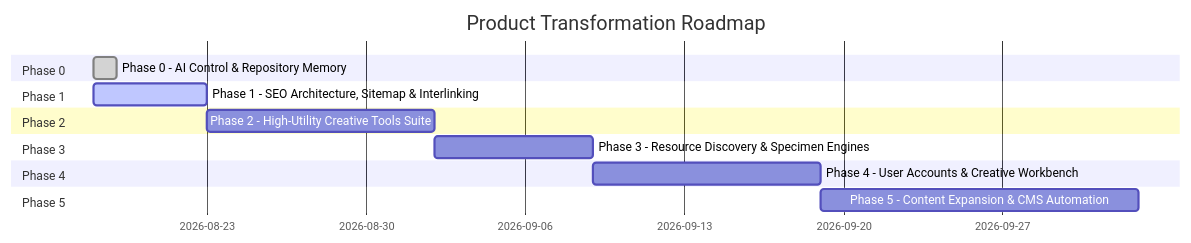
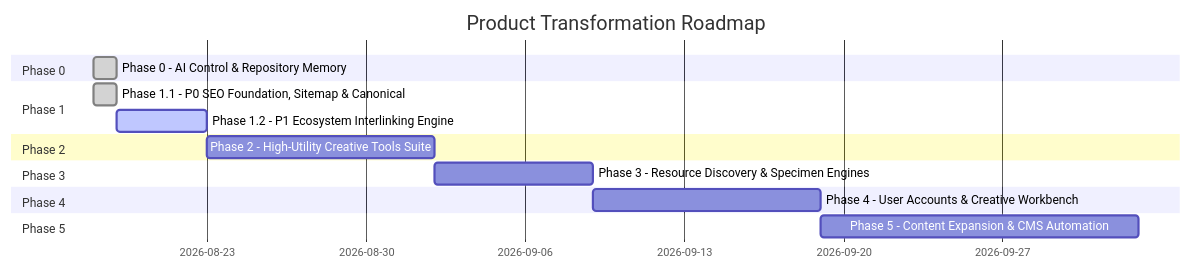
The diagram in AI/ROADMAP.md (ravanmammadov1/blog.rvan.me), drawn with Mermaid before and after one commit. The commit also changed other lines of this file and 11 other files, not shown here.

Commit message:
feat: establish production organic SEO foundation

````diff
--- a/AI/ROADMAP.md
+++ b/AI/ROADMAP.md
@@ -5,17 +5,18 @@
 ```mermaid
 gantt
     title Product Transformation Roadmap
     dateFormat  YYYY-MM-DD
     section Phase 0
     Phase 0 - AI Control & Repository Memory       :done, p0, 2026-08-18, 1d
     section Phase 1
-    Phase 1 - SEO Architecture, Sitemap & Interlinking :active, p1, 2026-08-18, 5d
+    Phase 1.1 - P0 SEO Foundation, Sitemap & Canonical :done, p1a, 2026-08-18, 1d
+    Phase 1.2 - P1 Ecosystem Interlinking Engine       :active, p1b, 2026-08-19, 4d
     section Phase 2
-    Phase 2 - High-Utility Creative Tools Suite    :p2, 2026-08-23, 10d
+    Phase 2 - High-Utility Creative Tools Suite        :p2, 2026-08-23, 10d
     section Phase 3
-    Phase 3 - Resource Discovery & Specimen Engines :p3, 2026-09-02, 7d
+    Phase 3 - Resource Discovery & Specimen Engines     :p3, 2026-09-02, 7d
     section Phase 4
-    Phase 4 - User Accounts & Creative Workbench   :p4, 2026-09-09, 10d
+    Phase 4 - User Accounts & Creative Workbench       :p4, 2026-09-09, 10d
     section Phase 5
-    Phase 5 - Content Expansion & CMS Automation   :p5, 2026-09-19, 14d
+    Phase 5 - Content Expansion & CMS Automation       :p5, 2026-09-19, 14d
 ```
````
